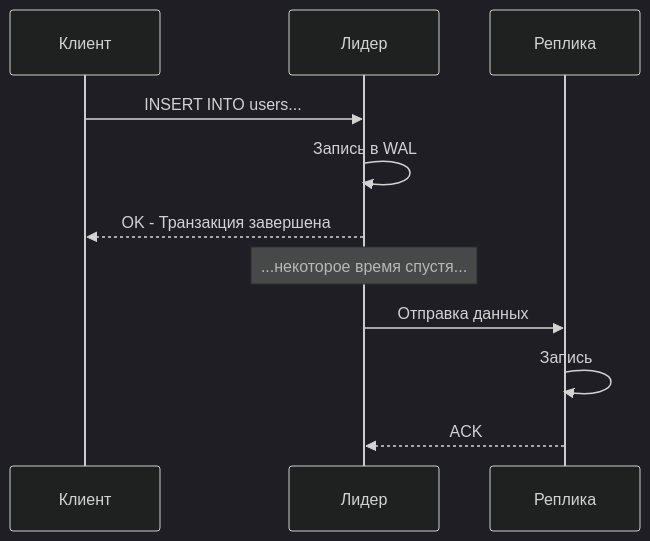
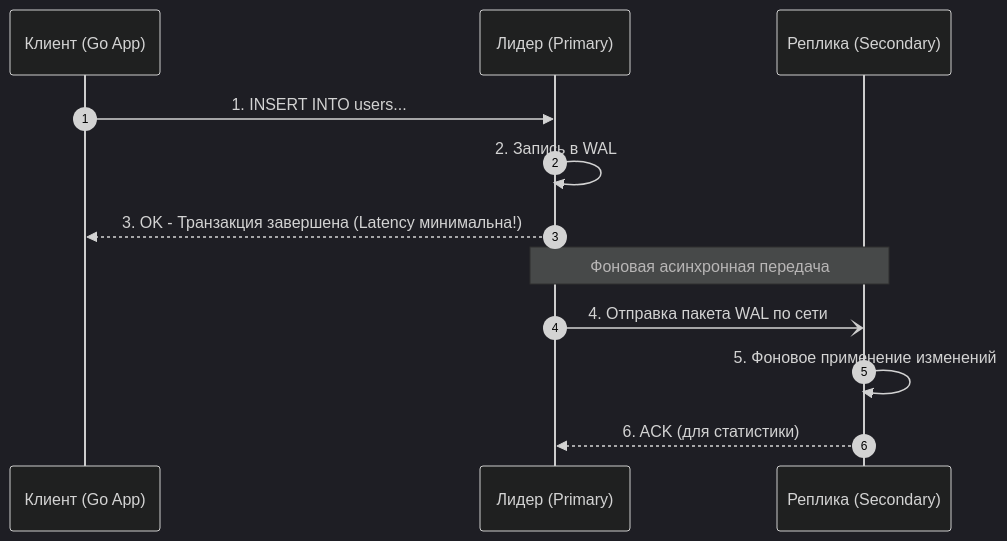
The second of 3 diagrams in sources/12. Базы данных/08. Распределенные базы данных/1. Репликация. Sync vs Async.md (UnrealTemplier/go-textbook), drawn with Mermaid (dark theme) before and after one commit. The commit also changed other lines of this file, not shown here.

````diff
--- a/sources/12. Базы данных/08. Распределенные базы данных/1. Репликация. Sync vs Async.md
+++ b/sources/12. Базы данных/08. Распределенные базы данных/1. Репликация. Sync vs Async.md
@@ -67,14 +76,15 @@
 ```mermaid
 sequenceDiagram
-    participant Client as Клиент
-    participant Leader as Лидер
-    participant Follower as Реплика
+    autonumber
+    participant Client as Клиент (Go App)
+    participant Leader as Лидер (Primary)
+    participant Follower as Реплика (Secondary)
 
-    Client->>Leader: INSERT INTO users...
-    Leader->>Leader: Запись в WAL
-    Leader-->>Client: OK - Транзакция завершена
-    Note over Leader: ...некоторое время спустя...
-    Leader->>Follower: Отправка данных
-    Follower->>Follower: Запись
-    Follower-->>Leader: ACK
+    Client->>Leader: 1. INSERT INTO users...
+    Leader->>Leader: 2. Запись в WAL
+    Leader-->>Client: 3. OK - Транзакция завершена (Latency минимальна!)
+    Note over Leader,Follower: Фоновая асинхронная передача
+    Leader-)Follower: 4. Отправка пакета WAL по сети
+    Follower->>Follower: 5. Фоновое применение изменений
+    Follower-->>Leader: 6. ACK (для статистики)
 ```
````
